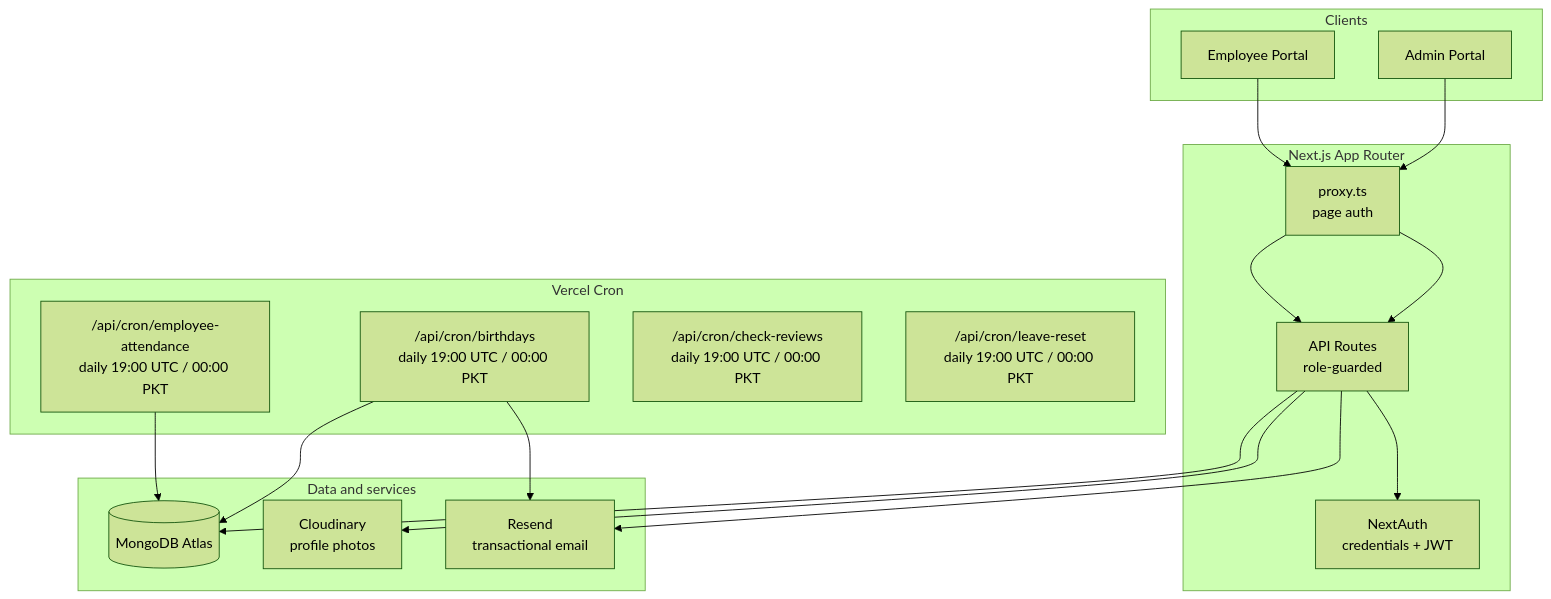
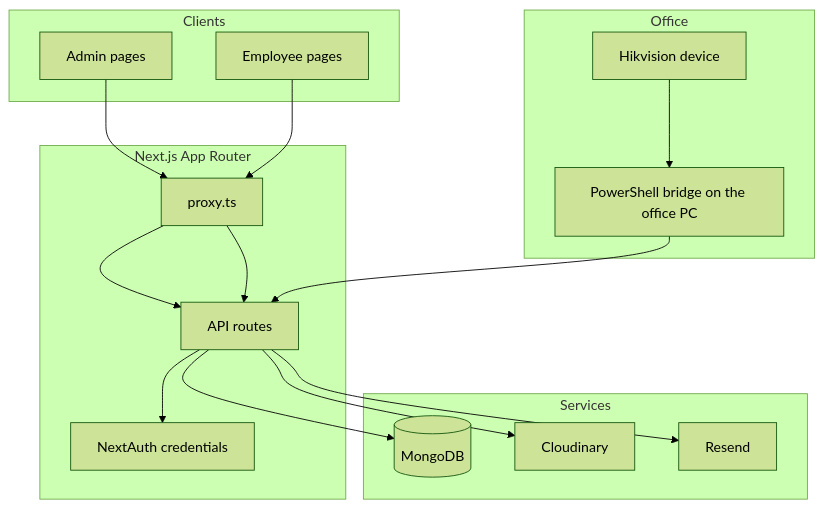
The first of 2 diagrams in README.md (yalaride/HR-Management-System), drawn with Mermaid (forest theme) before and after one commit. The commit also changed other lines of this file and 36 other files, not shown here.

````diff
--- a/README.md
+++ b/README.md
@@ -25,36 +21,32 @@
 ```mermaid
 flowchart TB
   subgraph Clients
-    A[Admin Portal]
-    E[Employee Portal]
+    A[Admin pages]
+    E[Employee pages]
   end
 
   subgraph Next.js App Router
-    P[proxy.ts<br/>page auth]
-    API[API Routes<br/>role-guarded]
-    AUTH[NextAuth<br/>credentials + JWT]
+    P[proxy.ts]
+    API[API routes]
+    AUTH[NextAuth credentials]
   end
 
-  subgraph Data and services
-    DB[(MongoDB Atlas)]
-    CL[Cloudinary<br/>profile photos]
-    RS[Resend<br/>transactional email]
+  subgraph Office
+    DEV[Hikvision device]
+    BR[PowerShell bridge on the office PC]
   end
 
-  subgraph Vercel Cron
-    C1["/api/cron/birthdays<br/>daily 19:00 UTC / 00:00 PKT"]
-    C2["/api/cron/employee-attendance<br/>daily 19:00 UTC / 00:00 PKT"]
-    C3["/api/cron/check-reviews<br/>daily 19:00 UTC / 00:00 PKT"]
-    C4["/api/cron/leave-reset<br/>daily 19:00 UTC / 00:00 PKT"]
+  subgraph Services
+    DB[(MongoDB)]
+    CL[Cloudinary]
+    RS[Resend]
   end
 
   A --> P --> API
   E --> P --> API
   API --> AUTH
   API --> DB
   API --> CL
   API --> RS
-  C1 --> DB
-  C1 --> RS
-  C2 --> DB
+  DEV --> BR --> API
 ```
````
